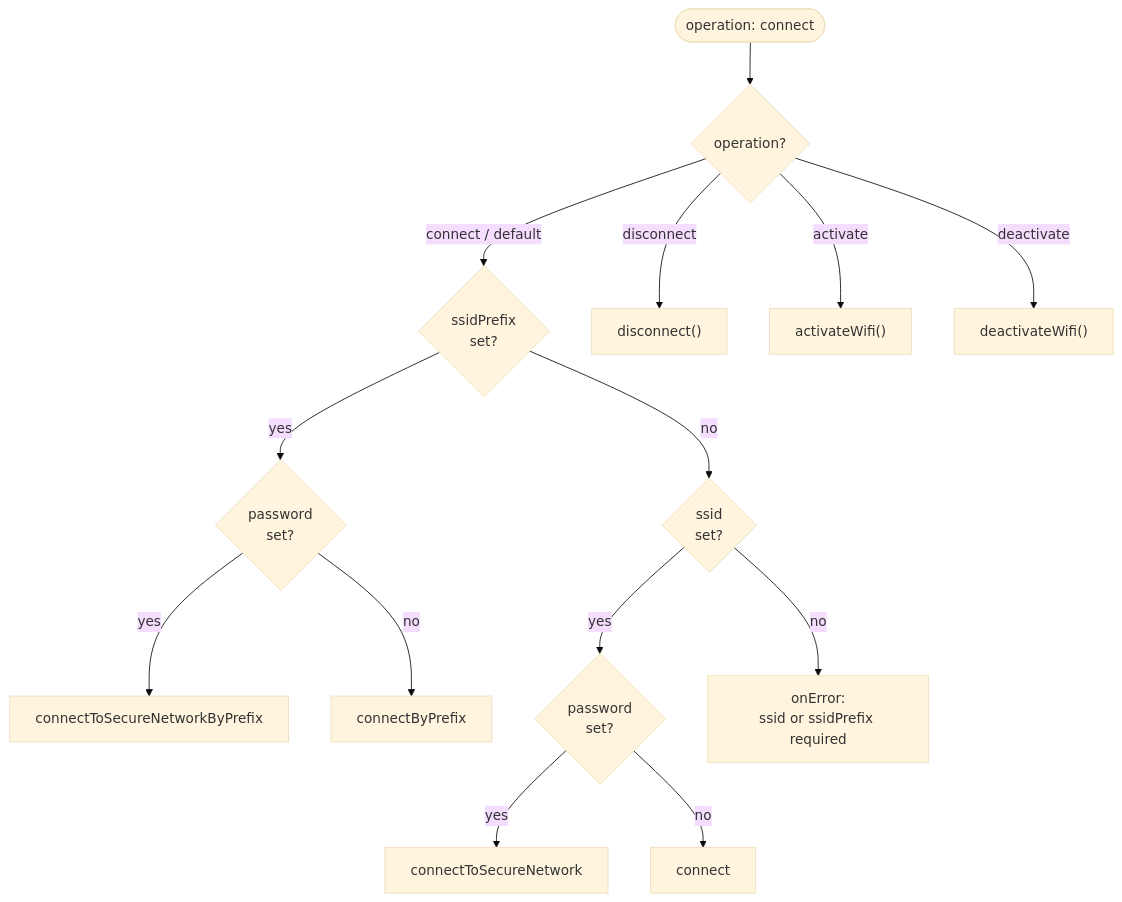
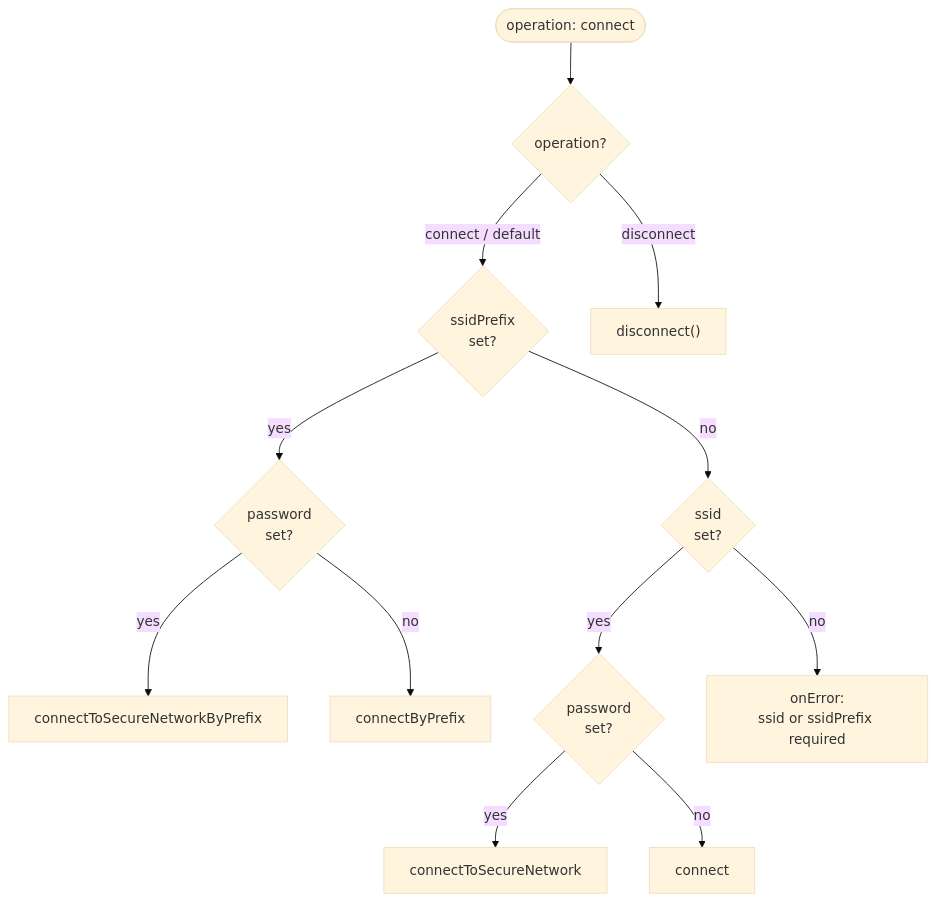
One commit to EnsembleUI/ensemble changed the fourth of 6 diagrams in modules/ensemble_wifi/README.md. Above: the diagram before and after it, drawn with Mermaid (base theme). The commit also changed other lines of this file and 4 other files, not shown here.

````diff
--- a/modules/ensemble_wifi/README.md
+++ b/modules/ensemble_wifi/README.md
@@ -170,27 +172,25 @@
 ```mermaid
 flowchart TD
   Start(["operation: connect"])
   Op{"operation?"}
   Prefix{"ssidPrefix<br/>set?"}
   Pwd{"password<br/>set?"}
   SecPrefix["connectToSecureNetworkByPrefix"]
   OpenPrefix["connectByPrefix"]
   SecSsid["connectToSecureNetwork"]
   OpenSsid["connect"]
 
   Start --> Op
   Op -->|disconnect| Disc["disconnect()"]
-  Op -->|activate| Act["activateWifi()"]
-  Op -->|deactivate| Deact["deactivateWifi()"]
   Op -->|connect / default| Prefix
 
   Prefix -->|yes| Pwd
   Prefix -->|no| HasSsid{"ssid<br/>set?"}
   Pwd -->|yes| SecPrefix
   Pwd -->|no| OpenPrefix
 
   HasSsid -->|yes| Pwd2{"password<br/>set?"}
   HasSsid -->|no| Err["onError:<br/>ssid or ssidPrefix required"]
   Pwd2 -->|yes| SecSsid
   Pwd2 -->|no| OpenSsid
 ```
````
